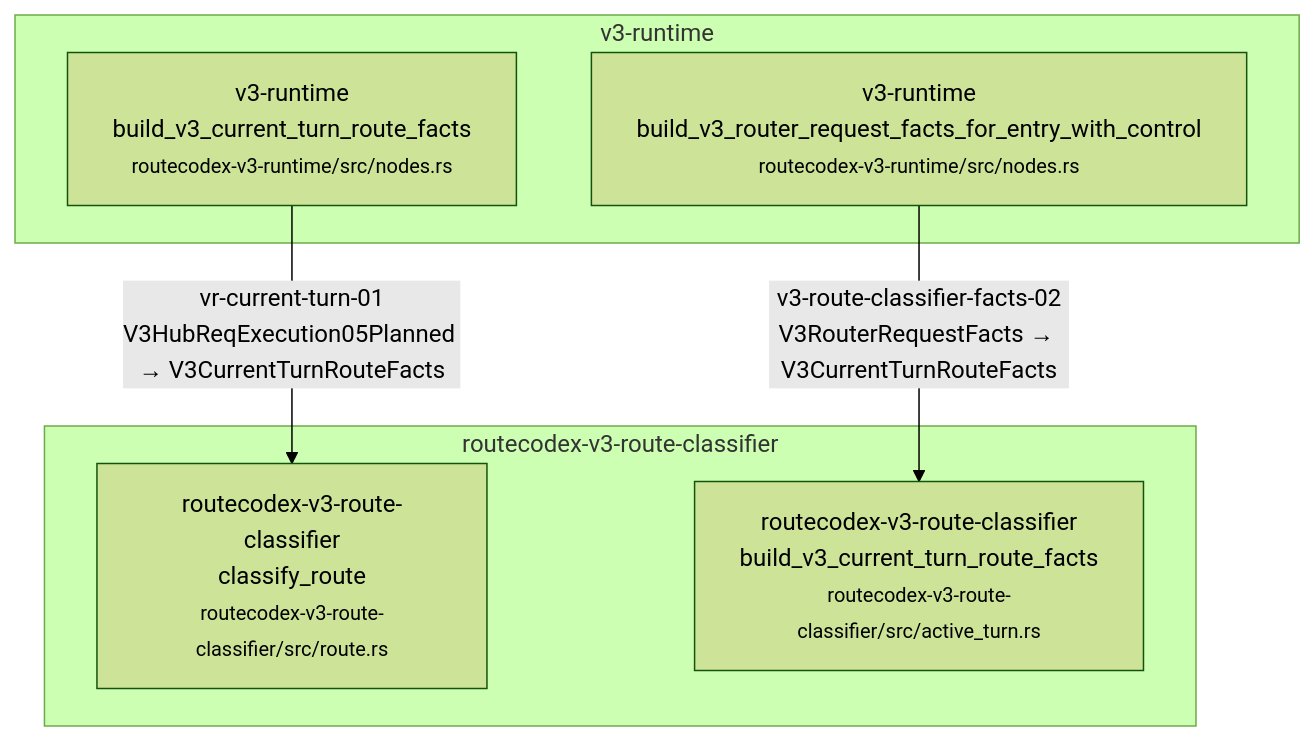
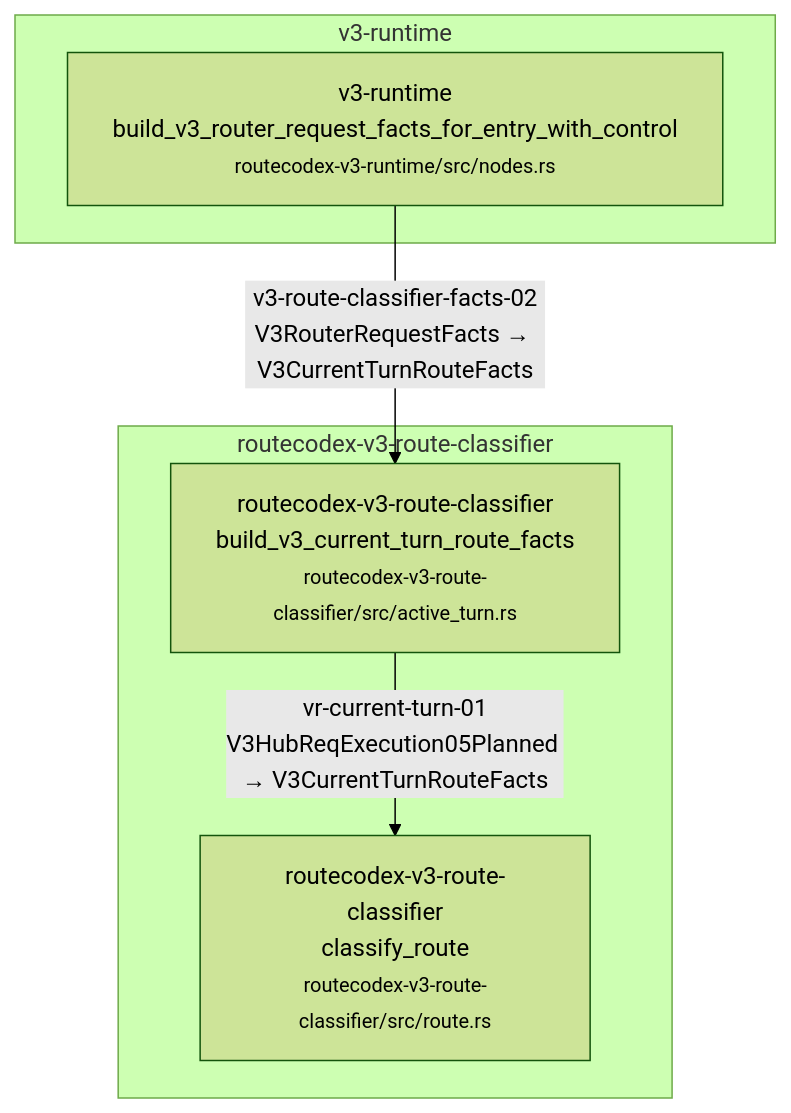
Diagram 58 of 59 in docs/architecture/wiki/v3-mainline-caller-flow.md (Jasonzhangf/routecodex), drawn with Mermaid (forest theme) before and after one commit. The commit also changed other lines of this file and 4 other files, not shown here.

````diff
--- a/docs/architecture/wiki/v3-mainline-caller-flow.md
+++ b/docs/architecture/wiki/v3-mainline-caller-flow.md
@@ -2368,13 +2364,12 @@
 ```mermaid
 flowchart TD
   subgraph c_56_vr_current_turn_typed_route_facts_m_routecodex_v3_route_classifier["routecodex-v3-route-classifier"]
+    c_56_vr_current_turn_typed_route_facts_0["routecodex-v3-route-classifier<br/>build_v3_current_turn_route_facts<br/><small>routecodex-v3-route-classifier/src/active_turn.rs</small>"]
     c_56_vr_current_turn_typed_route_facts_1["routecodex-v3-route-classifier<br/>classify_route<br/><small>routecodex-v3-route-classifier/src/route.rs</small>"]
-    c_56_vr_current_turn_typed_route_facts_3["routecodex-v3-route-classifier<br/>build_v3_current_turn_route_facts<br/><small>routecodex-v3-route-classifier/src/active_turn.rs</small>"]
   end
   subgraph c_56_vr_current_turn_typed_route_facts_m_v3_runtime["v3-runtime"]
-    c_56_vr_current_turn_typed_route_facts_0["v3-runtime<br/>build_v3_current_turn_route_facts<br/><small>routecodex-v3-runtime/src/nodes.rs</small>"]
     c_56_vr_current_turn_typed_route_facts_2["v3-runtime<br/>build_v3_router_request_facts_for_entry_with_control<br/><small>routecodex-v3-runtime/src/nodes.rs</small>"]
   end
   c_56_vr_current_turn_typed_route_facts_0 -->|vr-current-turn-01<br/>V3HubReqExecution05Planned → V3CurrentTurnRouteFacts| c_56_vr_current_turn_typed_route_facts_1
-  c_56_vr_current_turn_typed_route_facts_2 -->|v3-route-classifier-facts-02<br/>V3RouterRequestFacts → V3CurrentTurnRouteFacts| c_56_vr_current_turn_typed_route_facts_3
+  c_56_vr_current_turn_typed_route_facts_2 -->|v3-route-classifier-facts-02<br/>V3RouterRequestFacts → V3CurrentTurnRouteFacts| c_56_vr_current_turn_typed_route_facts_0
 ```
````
